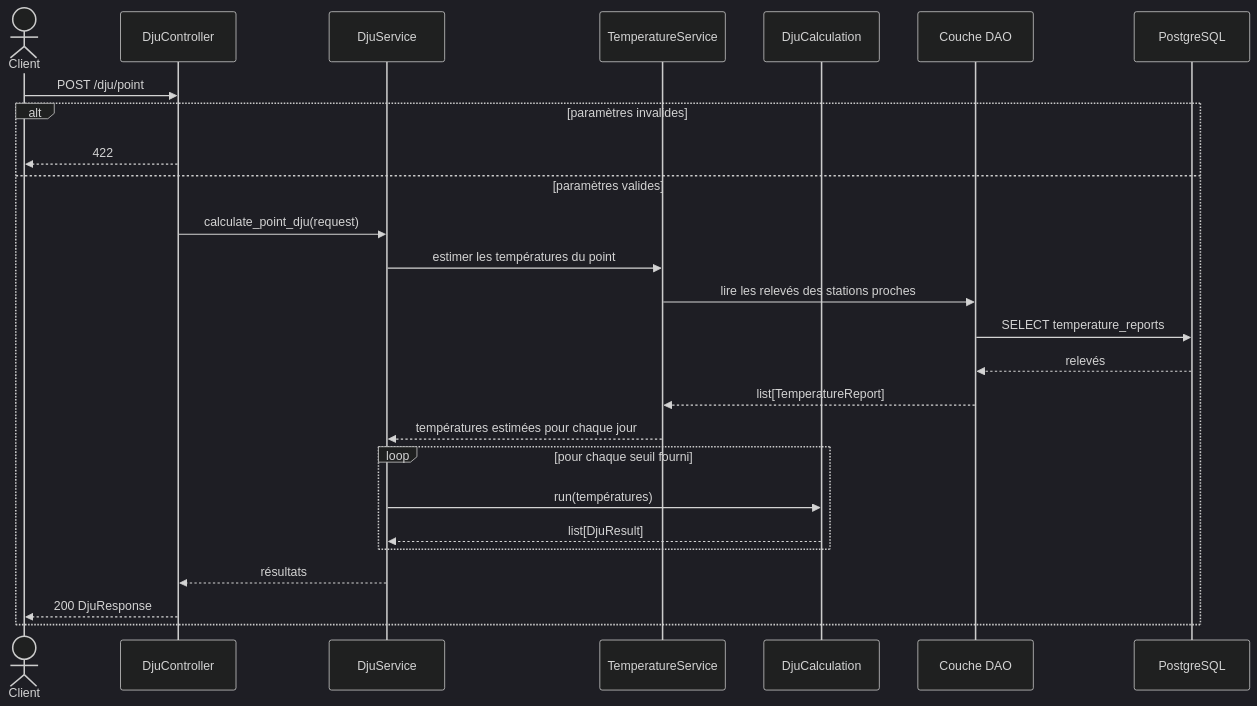
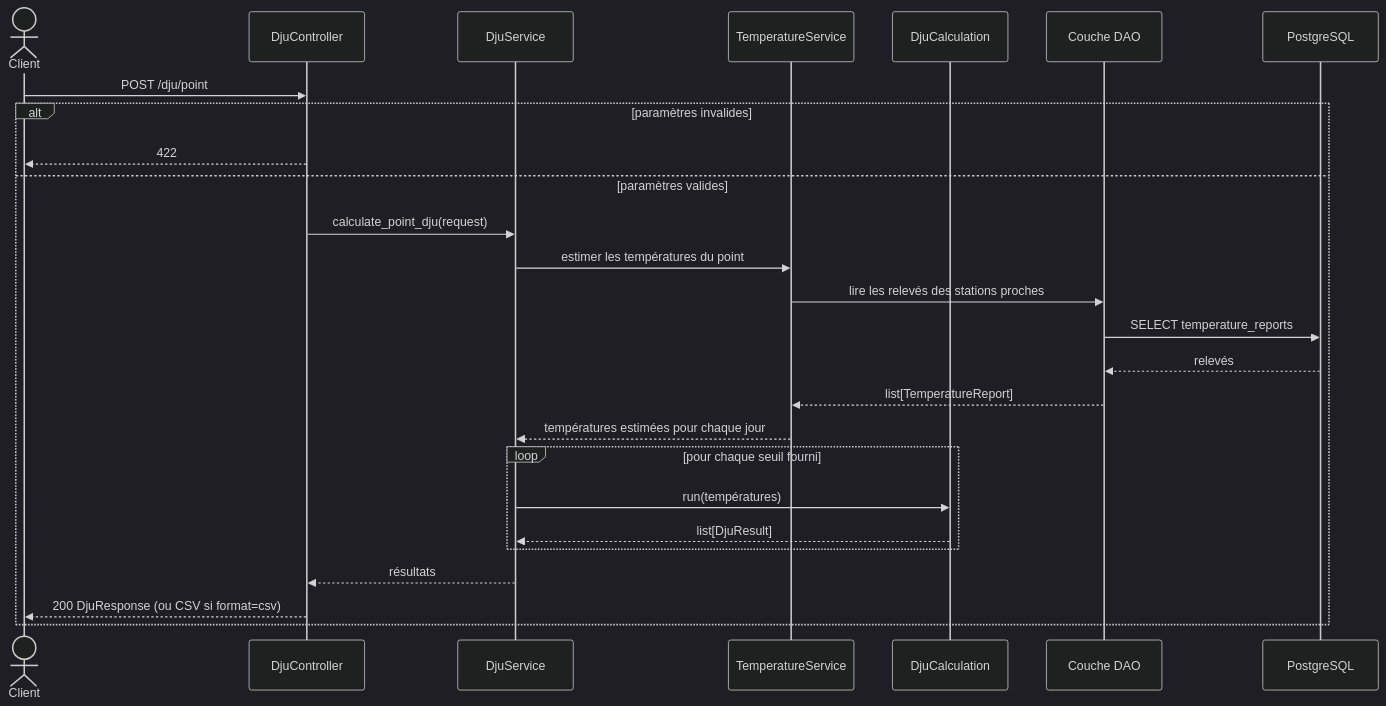
One commit to gabriel-dahan/ensai-it-project-2a-team12 changed the fourth of 16 diagrams in doc/new_diagram.md. Above: the diagram before and after it, drawn with Mermaid (dark theme). The commit also changed other lines of this file and 54 other files, not shown here.

First line of the commit message:
Implement DJU API according to new_diagram.md

````diff
--- a/doc/new_diagram.md
+++ b/doc/new_diagram.md
@@ -452,29 +443,29 @@
 ```mermaid
 sequenceDiagram
     actor Client
     participant Ctrl as DjuController
     participant DS as DjuService
     participant TS as TemperatureService
     participant Calc as DjuCalculation
     participant DAO as Couche DAO
     participant DB as PostgreSQL
 
     Client->>Ctrl: POST /dju/point
     alt paramètres invalides
         Ctrl-->>Client: 422
     else paramètres valides
         Ctrl->>DS: calculate_point_dju(request)
         DS->>TS: estimer les températures du point
         TS->>DAO: lire les relevés des stations proches
         DAO->>DB: SELECT temperature_reports
         DB-->>DAO: relevés
         DAO-->>TS: list[TemperatureReport]
         TS-->>DS: températures estimées pour chaque jour
         loop pour chaque seuil fourni
             DS->>Calc: run(températures)
             Calc-->>DS: list[DjuResult]
         end
         DS-->>Ctrl: résultats
-        Ctrl-->>Client: 200 DjuResponse
+        Ctrl-->>Client: 200 DjuResponse (ou CSV si format=csv)
     end
 ```
````
